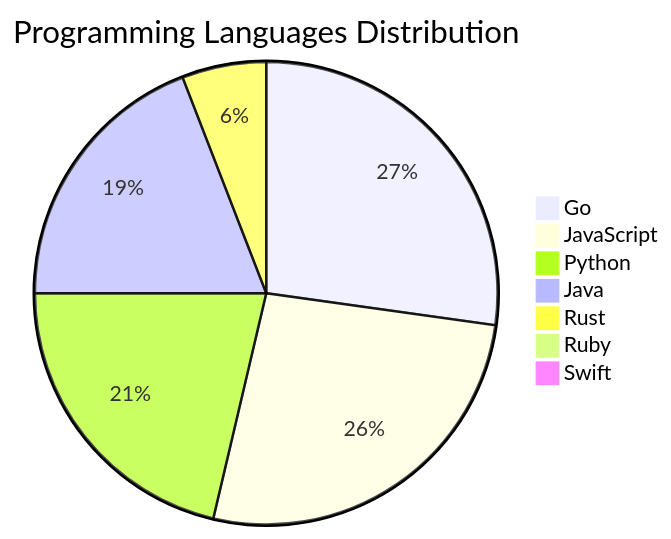
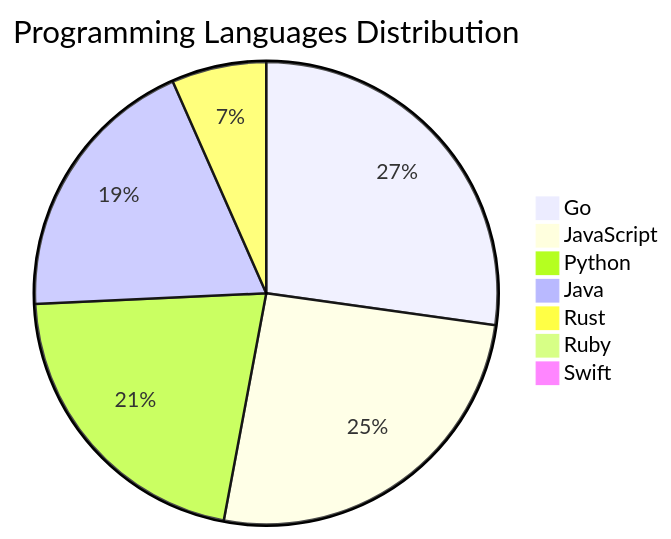
One commit to Derrick-MUGISHA/github-activity-bot changed the diagram in README.md. Above: the diagram before and after it, drawn with Mermaid. The commit also changed other lines of this file and 4 other files, not shown here.

````diff
--- a/README.md
+++ b/README.md
@@ -207,10 +207,10 @@
 ```mermaid
 pie title Programming Languages Distribution
     "Go" : 37
-    "JavaScript" : 36
+    "JavaScript" : 35
     "Python" : 29
     "Java" : 26
-    "Rust" : 8
+    "Rust" : 9
     "Ruby" : 1
     "Swift" : 1
 ```
````
